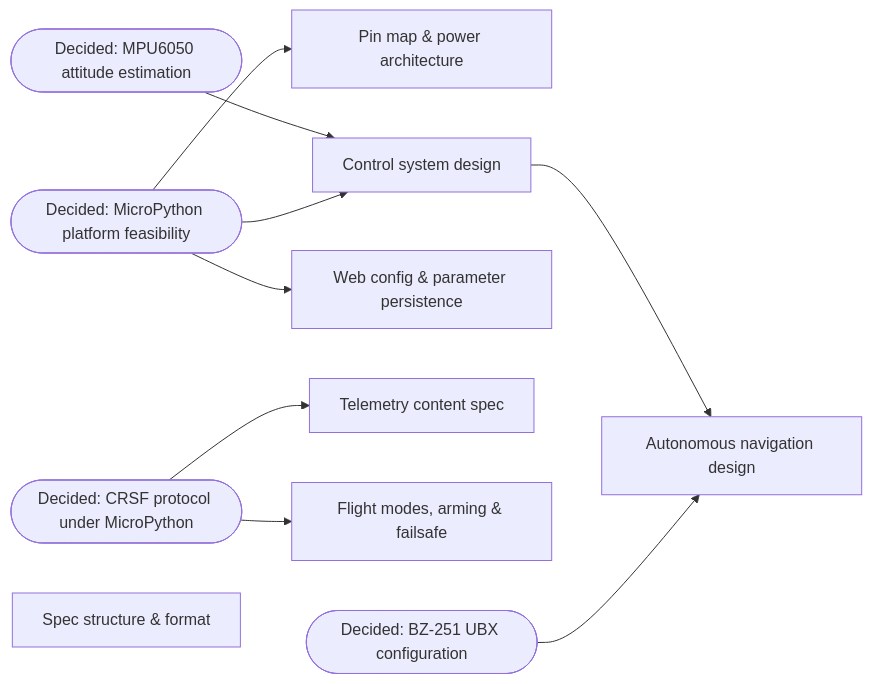
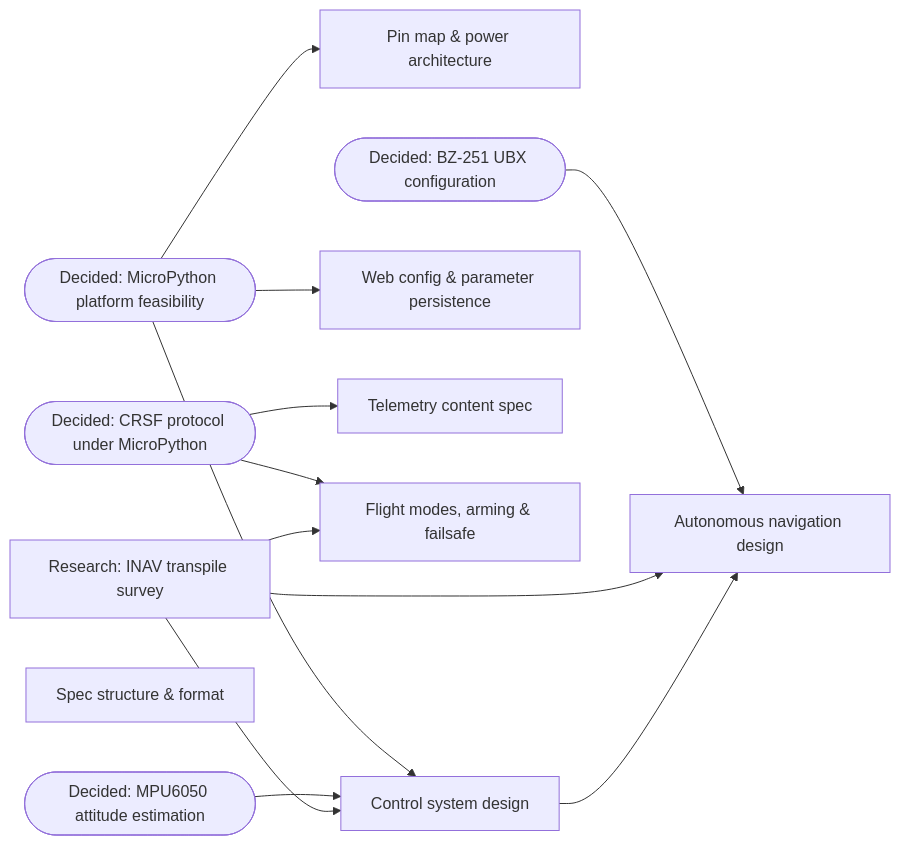
One commit to sddark/FlyPy changed the diagram in docs/wayfinding/pico-wing-fc.md. Above: the diagram before and after it, drawn with Mermaid. The commit also changed other lines of this file and 4 other files, not shown here.

Commit message:
add INAV transpile strategy + INAV survey research part

````diff
--- a/docs/wayfinding/pico-wing-fc.md
+++ b/docs/wayfinding/pico-wing-fc.md
@@ -23,23 +24,27 @@
 ```mermaid
 flowchart LR
     r1(["Decided: MicroPython platform feasibility"]) --> pinmap["Pin map & power architecture"]
     r1 --> control["Control system design"]
     r1 --> webcfg["Web config & parameter persistence"]
     r2(["Decided: CRSF protocol under MicroPython"]) --> telem["Telemetry content spec"]
     r2 --> modes["Flight modes, arming & failsafe"]
     r3(["Decided: BZ-251 UBX configuration"]) --> nav["Autonomous navigation design"]
     r4(["Decided: MPU6050 attitude estimation"]) --> control
     spec["Spec structure & format"]
+    inav["Research: INAV transpile survey"] --> control
+    inav --> nav
+    inav --> modes
     control --> nav
     click r1 "./pico-wing-fc/research-micropython-platform.md"
     click r2 "./pico-wing-fc/research-crsf-protocol.md"
     click r3 "./pico-wing-fc/research-bz251-ubx.md"
     click r4 "./pico-wing-fc/research-mpu6050-attitude.md"
     click spec "./pico-wing-fc/spec-structure.md"
     click pinmap "./pico-wing-fc/pin-map-power.md"
     click control "./pico-wing-fc/control-system-design.md"
     click modes "./pico-wing-fc/flight-modes-arming-failsafe.md"
     click webcfg "./pico-wing-fc/web-config-persistence.md"
     click telem "./pico-wing-fc/telemetry-content.md"
     click nav "./pico-wing-fc/autonomous-navigation.md"
+    click inav "./pico-wing-fc/research-inav-survey.md"
 ```
````
